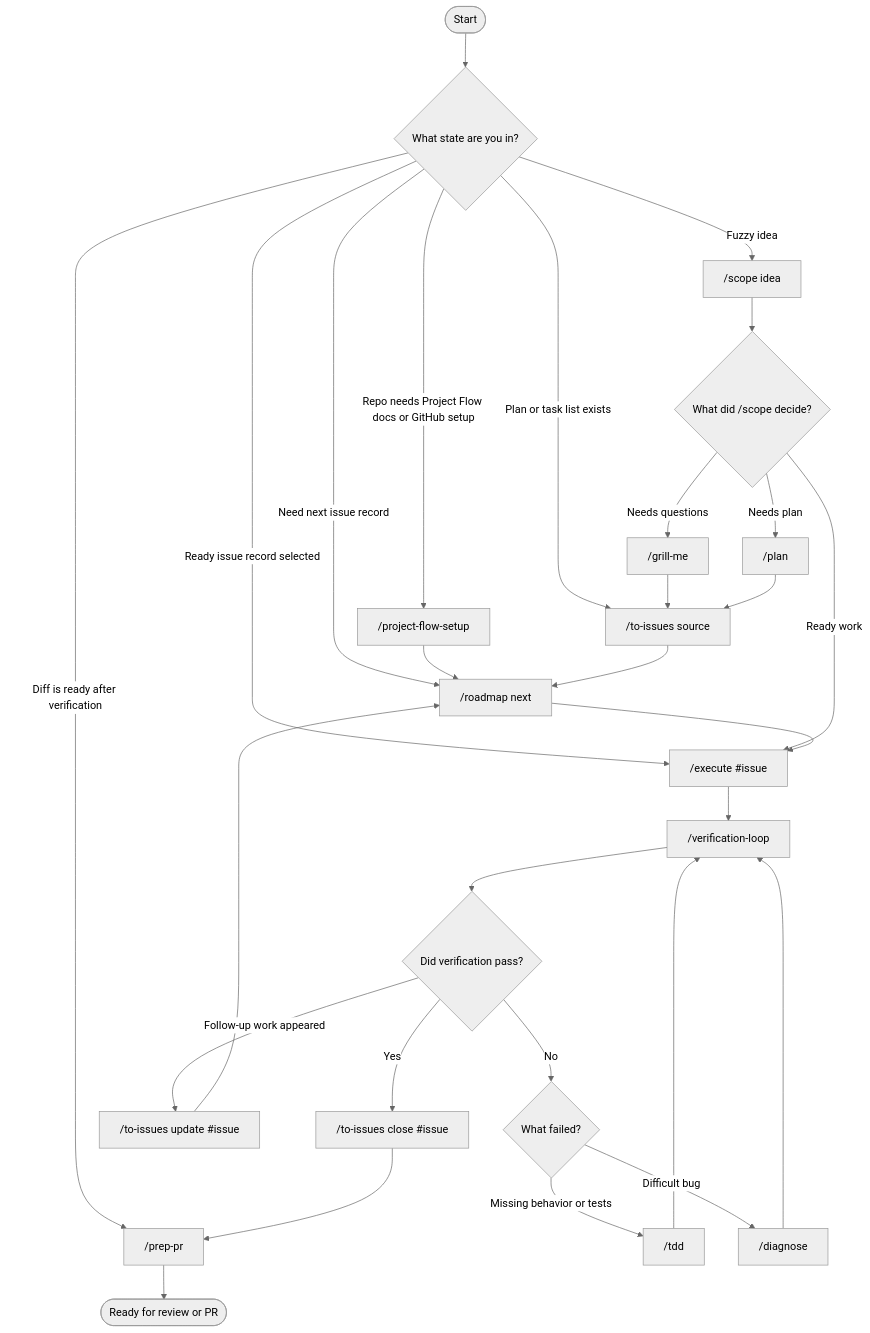
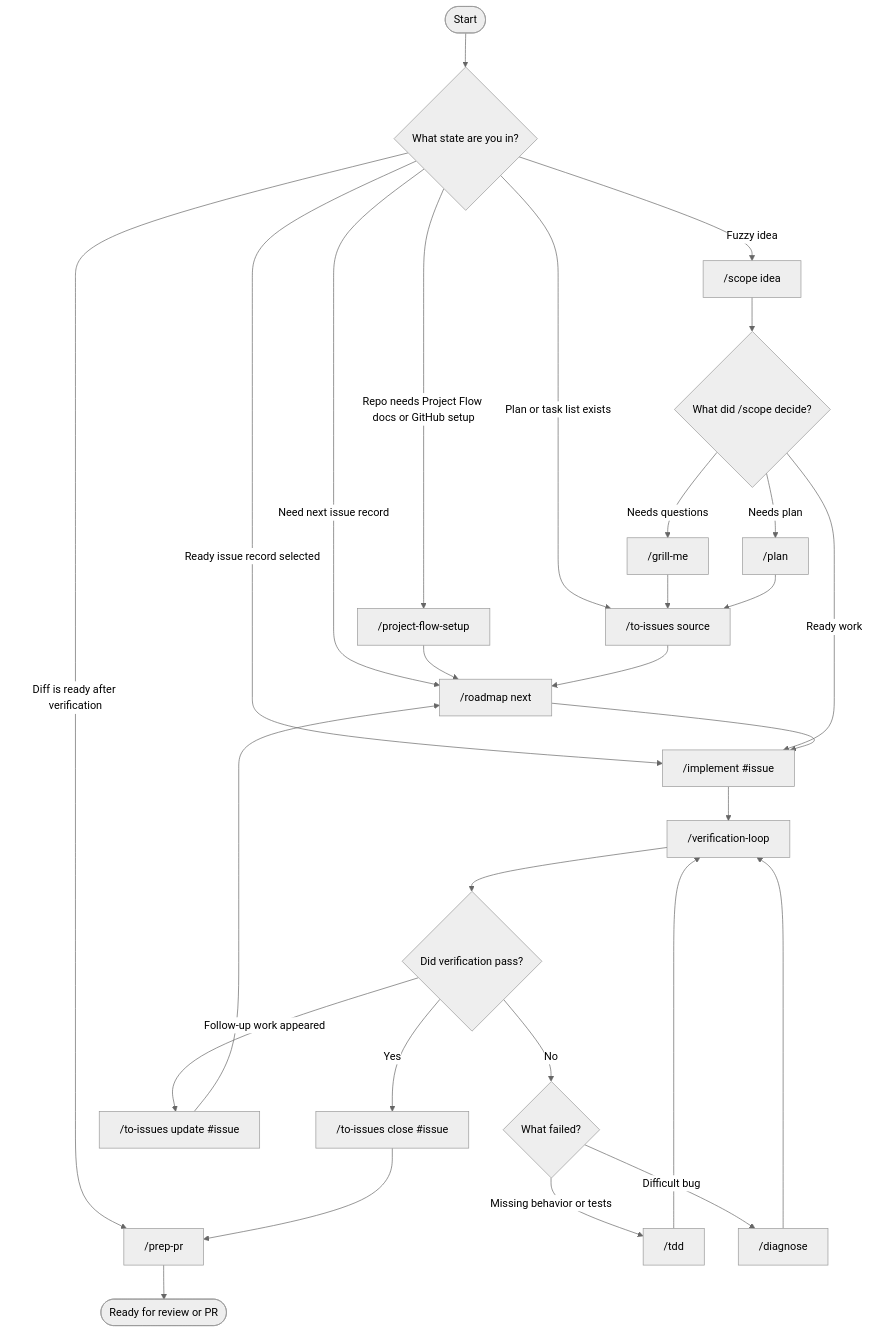
The first of 4 diagrams in docs/project-flow-how-to.md (chrooks/assistant-setup-toolkit), drawn with Mermaid (neutral theme) before and after one commit. The commit also changed other lines of this file and 15 other files, not shown here.

First line of the commit message:
refactor(implement): rename execute skill to implement + DevOS stage

````diff
--- a/docs/project-flow-how-to.md
+++ b/docs/project-flow-how-to.md
@@ -22,37 +22,37 @@
 ```mermaid
 flowchart TD
   router_start([Start]) --> router_state{What state are you in?}
   router_state -->|Repo needs Project Flow docs or GitHub setup| setup["/project-flow-setup"]
   router_state -->|Fuzzy idea| scope["/scope idea"]
   router_state -->|Plan or task list exists| to_issues["/to-issues source"]
   router_state -->|Need next issue record| roadmap["/roadmap next"]
-  router_state -->|Ready issue record selected| execute["/execute #issue"]
+  router_state -->|Ready issue record selected| execute["/implement #issue"]
   router_state -->|Diff is ready after verification| prep_pr["/prep-pr"]
 
   setup --> roadmap
   scope --> scope_result{What did /scope decide?}
   scope_result -->|Needs questions| grill["/grill-me"]
   scope_result -->|Needs plan| plan["/plan"]
   scope_result -->|Ready work| execute
   grill --> to_issues
   plan --> to_issues
   to_issues --> roadmap
   roadmap --> execute
   execute --> verify["/verification-loop"]
   verify --> verified{Did verification pass?}
   verified -->|Yes| close_issue["/to-issues close #issue"]
   verified -->|Follow-up work appeared| update_issue["/to-issues update #issue"]
   verified -->|No| fix_forward{What failed?}
   fix_forward -->|Missing behavior or tests| tdd["/tdd"]
   fix_forward -->|Difficult bug| diagnose["/diagnose"]
   tdd --> verify
   diagnose --> verify
   update_issue --> roadmap
   close_issue --> prep_pr
   prep_pr --> done([Ready for review or PR])
 
   click setup "#first-time-setup" "Jump to First-Time Setup"
   click scope "#new-work" "Jump to New Work"
   click roadmap "#daily-work" "Jump to Daily Work"
   click prep_pr "#pr-prep" "Jump to PR Prep"
 ```
````
